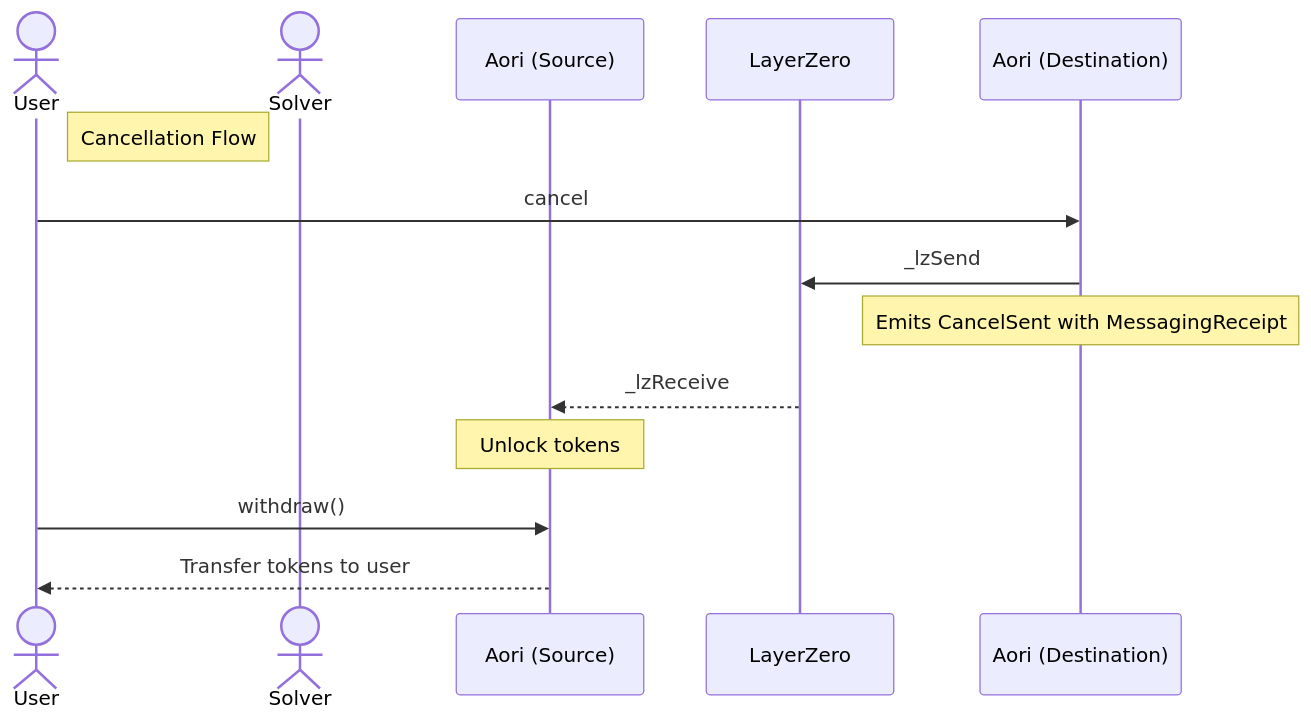
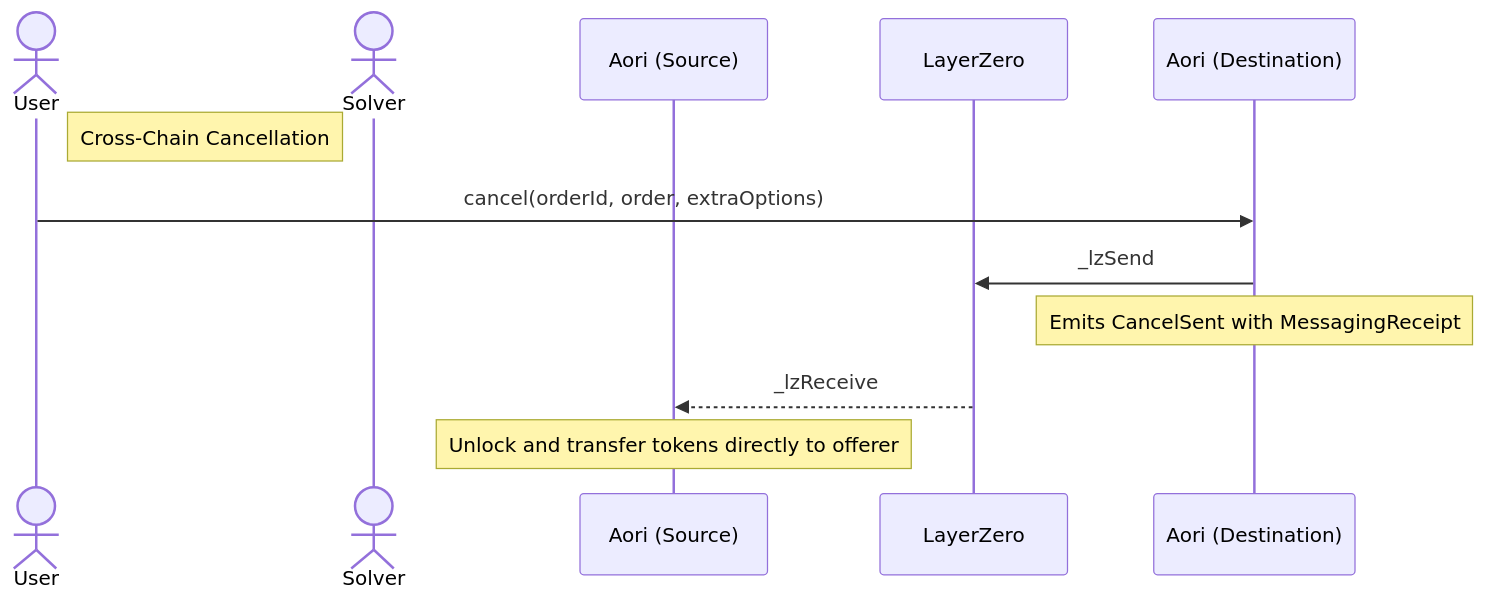
The third of 6 diagrams in README.md (aori-io/aori), drawn with Mermaid before and after one commit. The commit also changed other lines of this file and 2 other files, not shown here.

````diff
--- a/README.md
+++ b/README.md
@@ -97,18 +107,16 @@
 ```mermaid
 sequenceDiagram
     actor User
     actor Solver
     participant AoriSrc as Aori (Source)
     participant LZ as LayerZero
     participant AoriDst as Aori (Destination)
 
-    %% Cancellation Flow
-    note right of User: Cancellation Flow
-    User->>AoriDst: cancel
+    %% Cross-Chain Cancellation Flow
+    note right of User: Cross-Chain Cancellation
+    User->>AoriDst: cancel(orderId, order, extraOptions)
     AoriDst->>LZ: _lzSend
     Note over AoriDst: Emits CancelSent with MessagingReceipt
     LZ-->>AoriSrc: _lzReceive
-    Note over AoriSrc: Unlock tokens
-    User->>AoriSrc: withdraw()
-    AoriSrc-->>User: Transfer tokens to user
+    Note over AoriSrc: Unlock and transfer tokens directly to offerer
 ```
````
